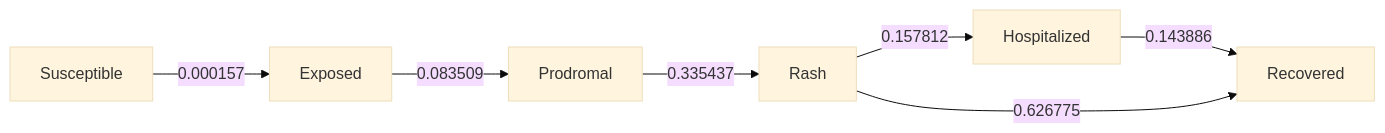
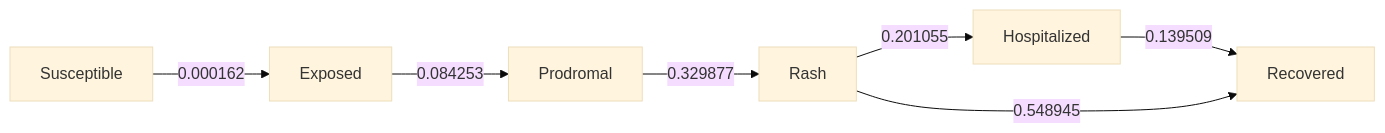
One commit to EpiForeSITE/epiworld-measles changed the diagram in scenarios/new_bridge_88/README.md. Above: the diagram before and after it, drawn with Mermaid (base theme). The commit also changed other lines of this file and 29 other files, not shown here.

````diff
--- a/scenarios/new_bridge_88/README.md
+++ b/scenarios/new_bridge_88/README.md
@@ -136,16 +136,16 @@
 ``` mermaid
 flowchart LR
     s0[Exposed]
     s1[Hospitalized]
     s2[Prodromal]
     s3[Rash]
     s4[Recovered]
     s5[Susceptible]
-    s0 -->|0.083509| s2
-    s1 -->|0.143886| s4
-    s2 -->|0.335437| s3
-    s3 -->|0.157812| s1
-    s3 -->|0.626775| s4
-    s5 -->|0.000157| s0
+    s0 -->|0.084253| s2
+    s1 -->|0.139509| s4
+    s2 -->|0.329877| s3
+    s3 -->|0.201055| s1
+    s3 -->|0.548945| s4
+    s5 -->|0.000162| s0
 
 ```
````
